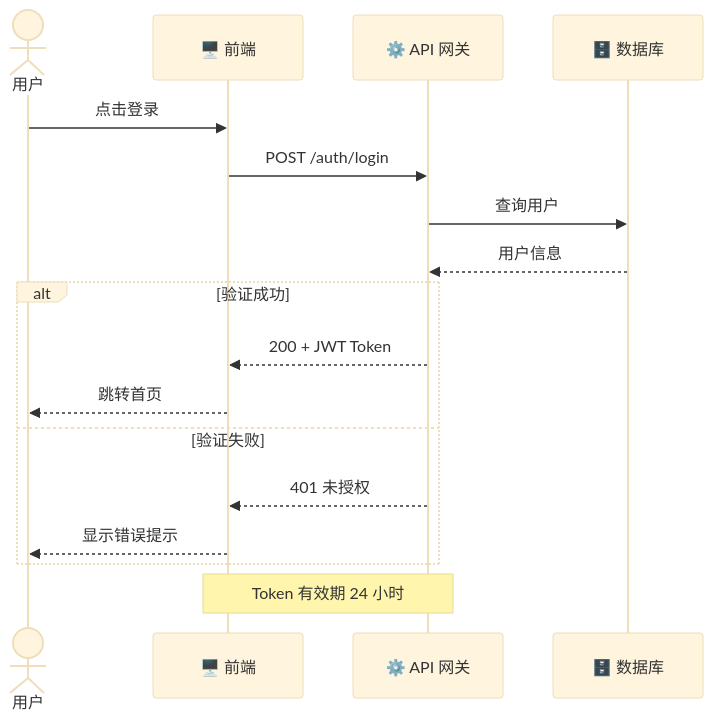
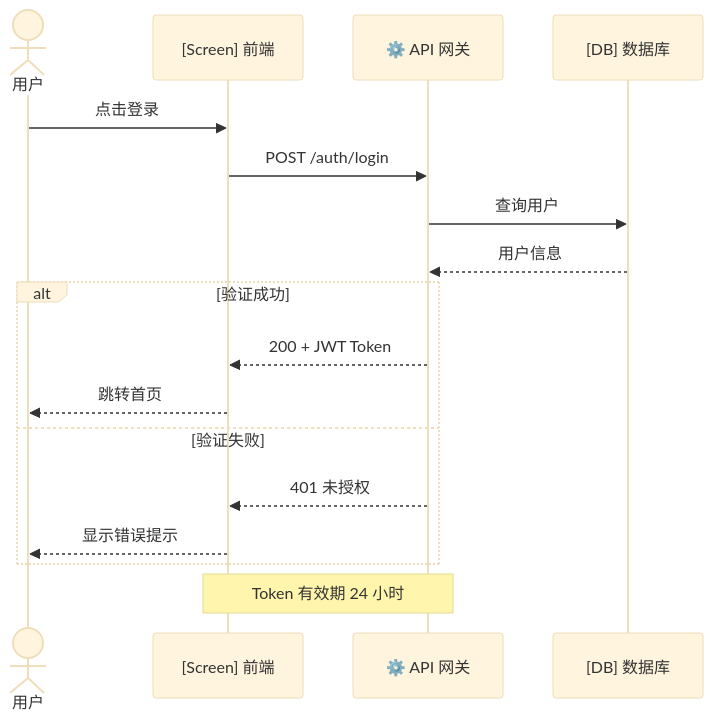
One commit to stsgs1980/Agent-Qube changed the third of 15 diagrams in skills/charts/references/mermaid.md. Above: the diagram before and after it, drawn with Mermaid (base theme). The commit also changed other lines of this file and 166 other files, not shown here.

````diff
--- a/skills/charts/references/mermaid.md
+++ b/skills/charts/references/mermaid.md
@@ -297,22 +297,22 @@
 ```mermaid
 sequenceDiagram
     actor 用户
-    participant 前端 as 🖥️ 前端
+    participant 前端 as [Screen] 前端
     participant API as ⚙️ API 网关
-    participant DB as 🗄️ 数据库
+    participant DB as [DB] 数据库
 
     用户->>前端: 点击登录
     前端->>API: POST /auth/login
     API->>DB: 查询用户
     DB-->>API: 用户信息
-    
+
     alt 验证成功
         API-->>前端: 200 + JWT Token
         前端-->>用户: 跳转首页
     else 验证失败
         API-->>前端: 401 未授权
         前端-->>用户: 显示错误提示
     end
-    
+
     Note over 前端,API: Token 有效期 24 小时
 ```
````
